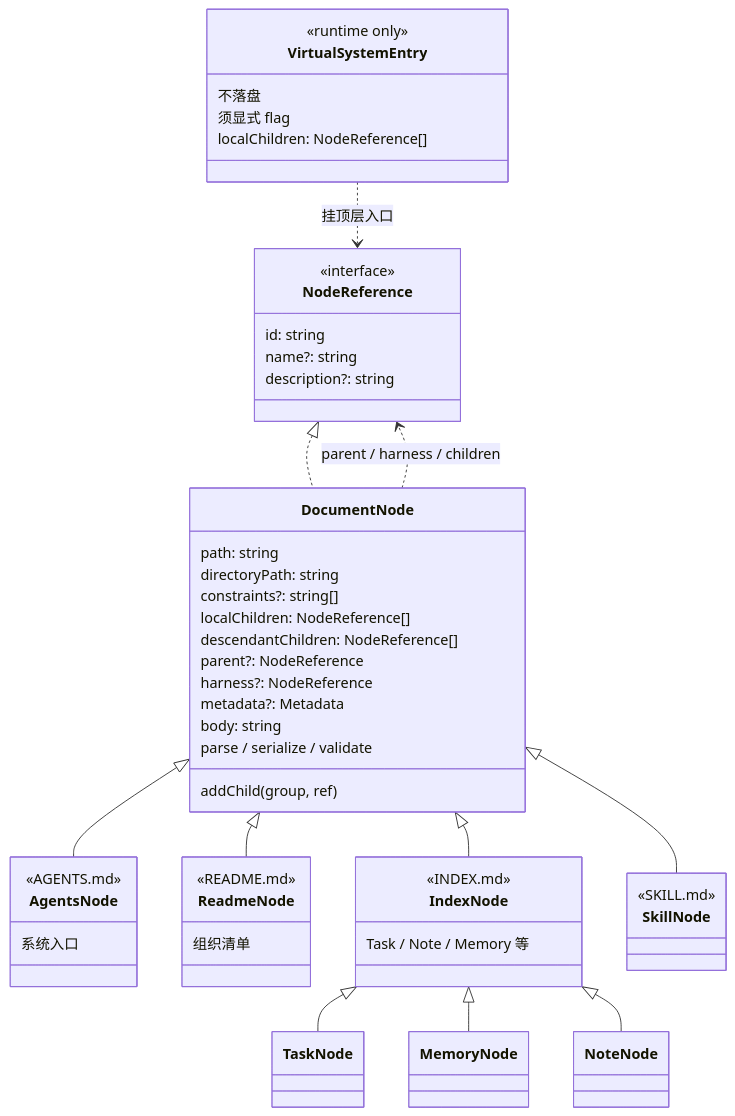
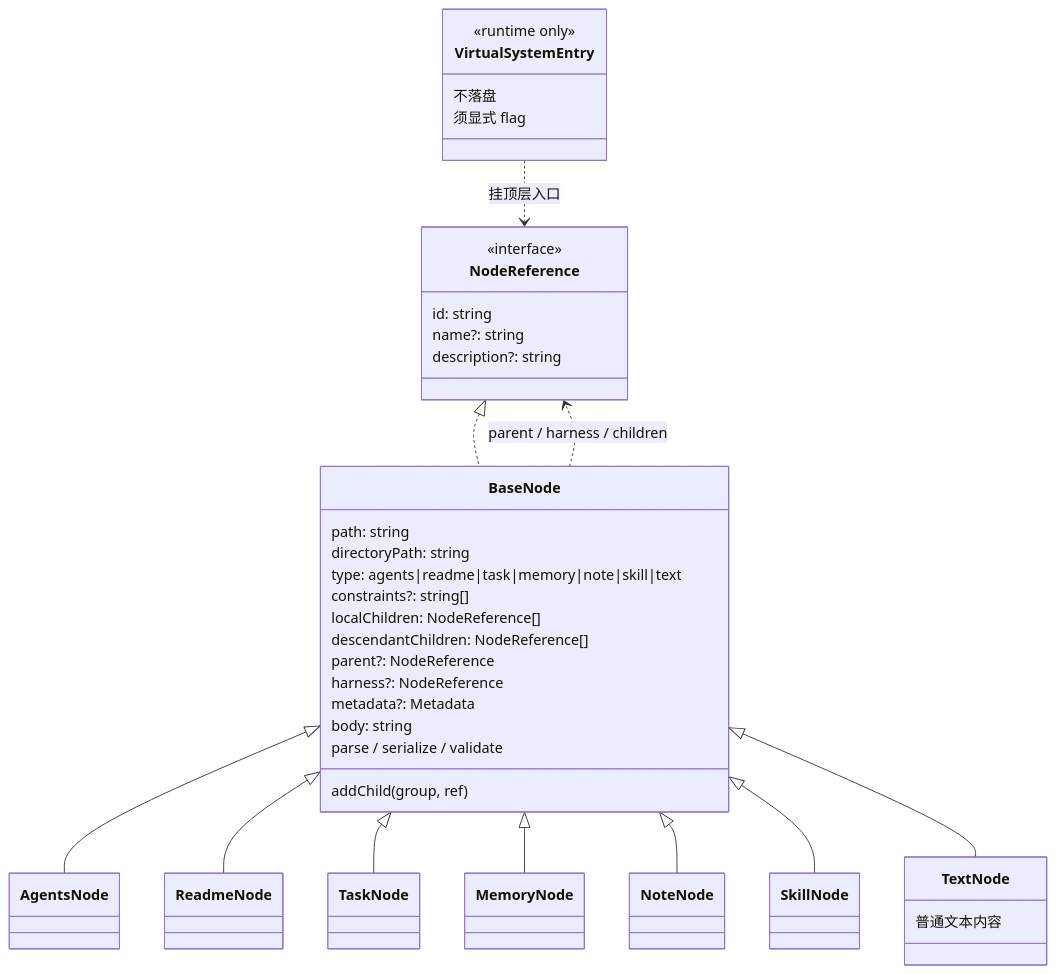
One commit to VirusPC/edges changed the second of 5 diagrams in docs/superpowers/specs/2026-10-06-recursive-system-two-entries-design.md. Above: the diagram before and after it, drawn with Mermaid. The commit also changed other lines of this file and 5 other files, not shown here.

First line of the commit message:
docs: BaseNode 直继；type 扩展 agents/readme/text

````diff
--- a/docs/superpowers/specs/2026-10-06-recursive-system-two-entries-design.md
+++ b/docs/superpowers/specs/2026-10-06-recursive-system-two-entries-design.md
@@ -49,56 +57,50 @@
 ```mermaid
 classDiagram
   class NodeReference {
     <<interface>>
     id: string
     name?: string
     description?: string
   }
 
-  class DocumentNode {
+  class BaseNode {
     path: string
     directoryPath: string
+    type: agents|readme|task|memory|note|skill|text
     constraints?: string[]
     localChildren: NodeReference[]
     descendantChildren: NodeReference[]
     parent?: NodeReference
     harness?: NodeReference
     metadata?: Metadata
     body: string
     addChild(group, ref)
     parse / serialize / validate
   }
 
-  class AgentsNode {
-    <<AGENTS.md>>
-    系统入口
-  }
-  class ReadmeNode {
-    <<README.md>>
-    组织清单
-  }
-  class IndexNode {
-    <<INDEX.md>>
-    Task / Note / Memory 等
-  }
-  class SkillNode {
-    <<SKILL.md>>
+  class AgentsNode
+  class ReadmeNode
+  class TaskNode
+  class MemoryNode
+  class NoteNode
+  class SkillNode
+  class TextNode {
+    普通文本内容
   }
   class VirtualSystemEntry {
     <<runtime only>>
     不落盘
     须显式 flag
-    localChildren: NodeReference[]
   }
 
-  NodeReference <|.. DocumentNode
-  DocumentNode <|-- AgentsNode
-  DocumentNode <|-- ReadmeNode
-  DocumentNode <|-- IndexNode
-  DocumentNode <|-- SkillNode
-  IndexNode <|-- TaskNode
-  IndexNode <|-- MemoryNode
-  IndexNode <|-- NoteNode
-  DocumentNode ..> NodeReference : parent / harness / children
+  NodeReference <|.. BaseNode
+  BaseNode <|-- AgentsNode
+  BaseNode <|-- ReadmeNode
+  BaseNode <|-- TaskNode
+  BaseNode <|-- MemoryNode
+  BaseNode <|-- NoteNode
+  BaseNode <|-- SkillNode
+  BaseNode <|-- TextNode
+  BaseNode ..> NodeReference : parent / harness / children
   VirtualSystemEntry ..> NodeReference : 挂顶层入口
 ```
````
